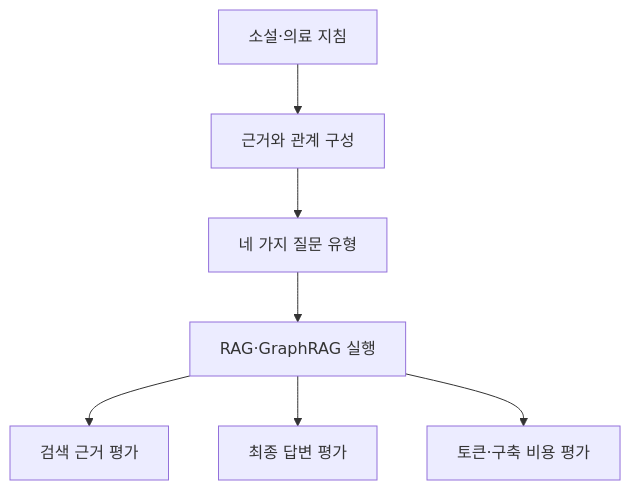
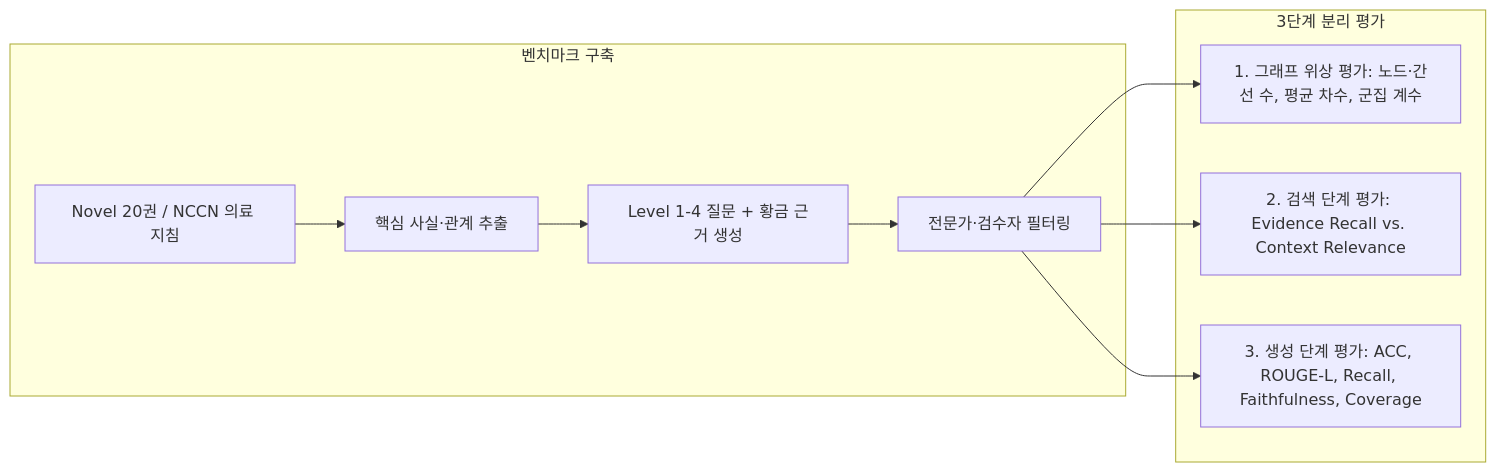
The diagram in docs/journal/2026-11-05-review-when-graphs-rag.md (shinysong/shacl-graphrag), drawn with Mermaid before and after one commit. The commit also changed other lines of this file and 554 other files, not shown here.

````diff
--- a/docs/journal/2026-11-05-review-when-graphs-rag.md
+++ b/docs/journal/2026-11-05-review-when-graphs-rag.md
@@ -21,9 +74,13 @@
 ```mermaid
-flowchart TD
-    A[소설·의료 지침] --> B[근거와 관계 구성]
-    B --> C[네 가지 질문 유형]
-    C --> D[RAG·GraphRAG 실행]
-    D --> E[검색 근거 평가]
-    D --> F[최종 답변 평가]
-    D --> G[토큰·구축 비용 평가]
+flowchart LR
+    subgraph Step1_3[벤치마크 구축]
+        A[Novel 20권 / NCCN 의료 지침] --> B[핵심 사실·관계 추출]
+        B --> C[Level 1-4 질문 + 황금 근거 생성]
+        C --> D[전문가·검수자 필터링]
+    end
+    subgraph Step4_6[3단계 분리 평가]
+        D --> E1[1. 그래프 위상 평가: 노드·간선 수, 평균 차수, 군집 계수]
+        D --> E2[2. 검색 단계 평가: Evidence Recall vs. Context Relevance]
+        D --> E3[3. 생성 단계 평가: ACC, ROUGE-L, Recall, Faithfulness, Coverage]
+    end
 ```
````
